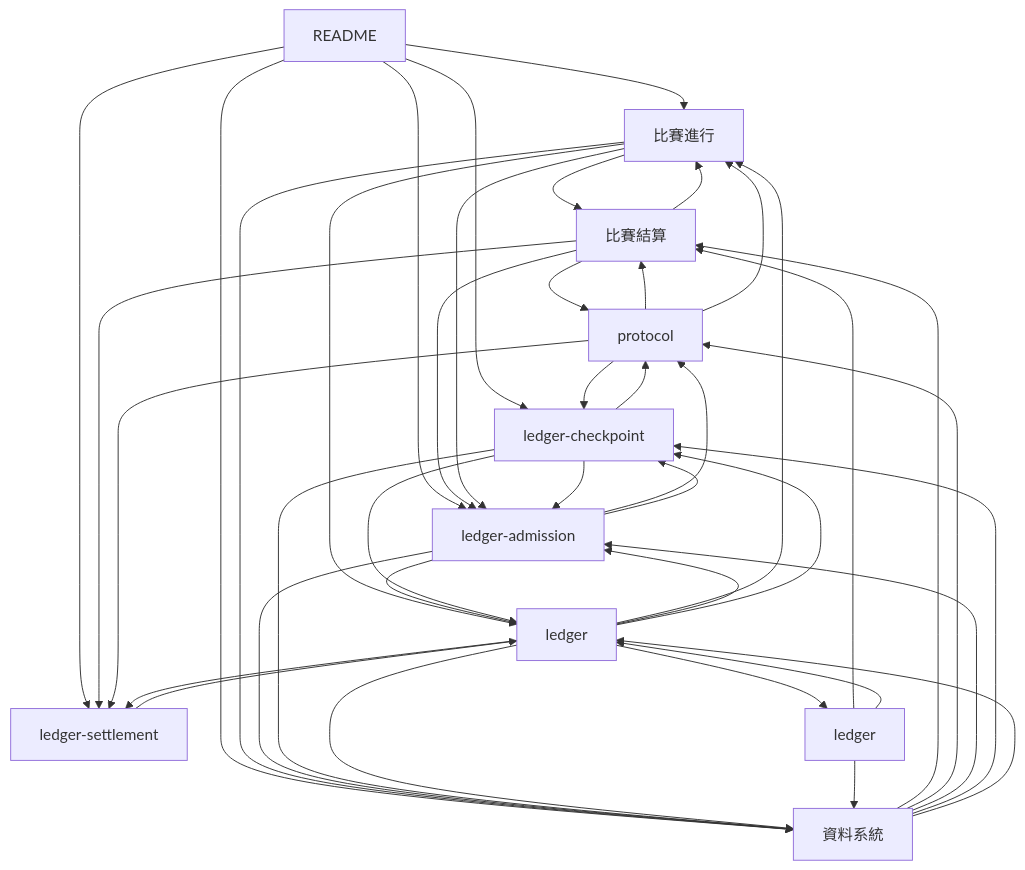
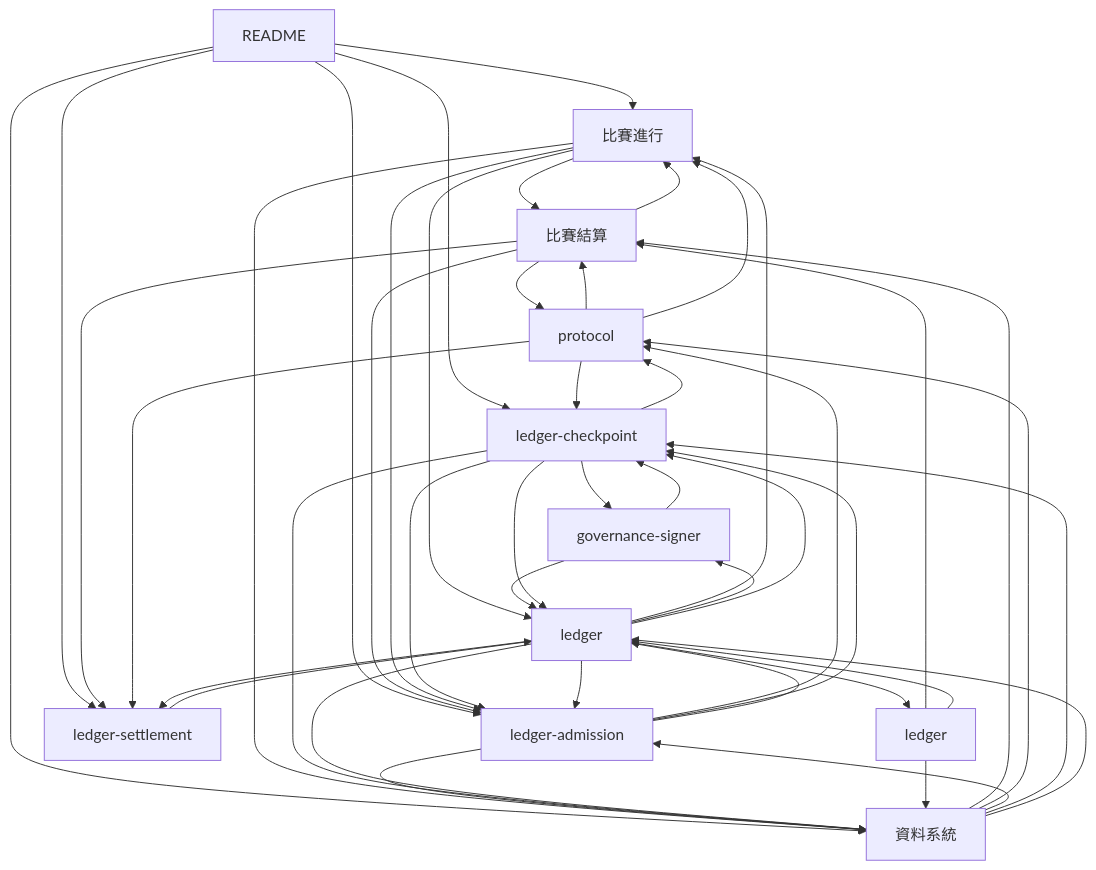
The first of 17 diagrams in docs-map.md (xjustloveux/open-4wd-specs), drawn with Mermaid before and after one commit. The commit also changed other lines of this file and 29 other files, not shown here.

````diff
--- a/docs-map.md
+++ b/docs-map.md
@@ -49,53 +50,58 @@
 ```mermaid
 flowchart TB
   n0["README"]
   n1["比賽結算"]
   n2["比賽進行"]
   n3["protocol"]
-  n4["ledger-admission"]
-  n5["ledger-checkpoint"]
-  n6["ledger-settlement"]
-  n7["ledger"]
+  n4["governance-signer"]
+  n5["ledger-admission"]
+  n6["ledger-checkpoint"]
+  n7["ledger-settlement"]
   n8["ledger"]
-  n9["資料系統"]
+  n9["ledger"]
+  n10["資料系統"]
   n0 --> n2
-  n0 --> n4
   n0 --> n5
   n0 --> n6
-  n0 --> n9
+  n0 --> n7
+  n0 --> n10
   n1 --> n2
   n1 --> n3
-  n1 --> n4
-  n1 --> n6
+  n1 --> n5
+  n1 --> n7
   n2 --> n1
-  n2 --> n4
-  n2 --> n7
-  n2 --> n9
+  n2 --> n5
+  n2 --> n8
+  n2 --> n10
   n3 --> n1
   n3 --> n2
-  n3 --> n5
   n3 --> n6
-  n4 --> n3
-  n4 --> n5
-  n4 --> n7
-  n4 --> n9
+  n3 --> n7
+  n4 --> n6
+  n4 --> n8
   n5 --> n3
-  n5 --> n4
-  n5 --> n7
-  n5 --> n9
-  n6 --> n7
-  n7 --> n2
-  n7 --> n4
-  n7 --> n5
-  n7 --> n6
+  n5 --> n6
+  n5 --> n8
+  n5 --> n10
+  n6 --> n3
+  n6 --> n4
+  n6 --> n5
+  n6 --> n8
+  n6 --> n10
   n7 --> n8
-  n7 --> n9
-  n8 --> n1
+  n8 --> n2
+  n8 --> n4
+  n8 --> n5
+  n8 --> n6
   n8 --> n7
   n8 --> n9
+  n8 --> n10
   n9 --> n1
-  n9 --> n3
-  n9 --> n4
-  n9 --> n5
-  n9 --> n7
+  n9 --> n8
+  n9 --> n10
+  n10 --> n1
+  n10 --> n3
+  n10 --> n5
+  n10 --> n6
+  n10 --> n8
 ```
````
